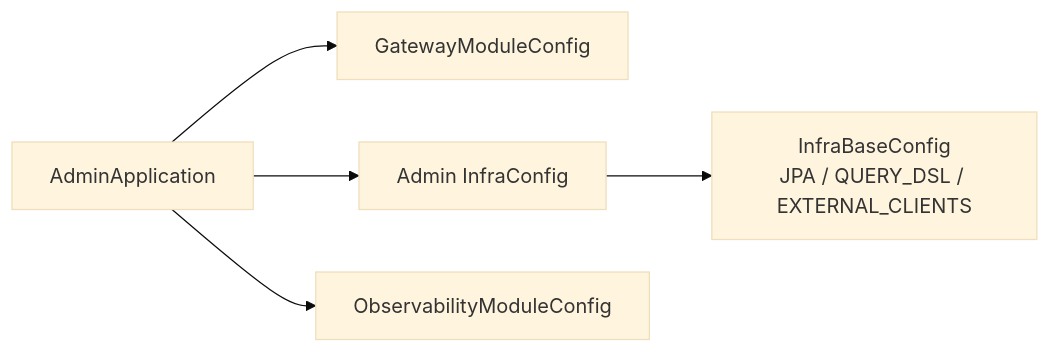
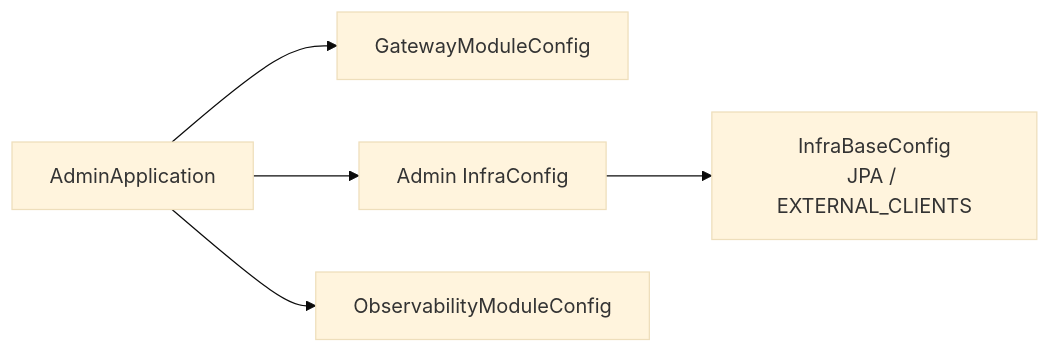
Before and after one commit to TEAM-BEAT/BEAT-SERVER: the second of 6 diagrams in admin/README.md, drawn with Mermaid (base theme). The commit also changed 24 other files, not shown here.

````diff
--- a/admin/README.md
+++ b/admin/README.md
@@ -119,13 +119,13 @@
 ```mermaid
 flowchart LR
     AdminApplication[AdminApplication]
     GatewayModuleConfig[GatewayModuleConfig]
     InfraConfig[Admin InfraConfig]
-    InfraBase[InfraBaseConfig<br/>JPA / QUERY_DSL / EXTERNAL_CLIENTS]
+    InfraBase[InfraBaseConfig<br/>JPA / EXTERNAL_CLIENTS]
     ObservabilityModuleConfig[ObservabilityModuleConfig]
 
     AdminApplication --> GatewayModuleConfig
     AdminApplication --> InfraConfig
     AdminApplication --> ObservabilityModuleConfig
     InfraConfig --> InfraBase
 ```
````
